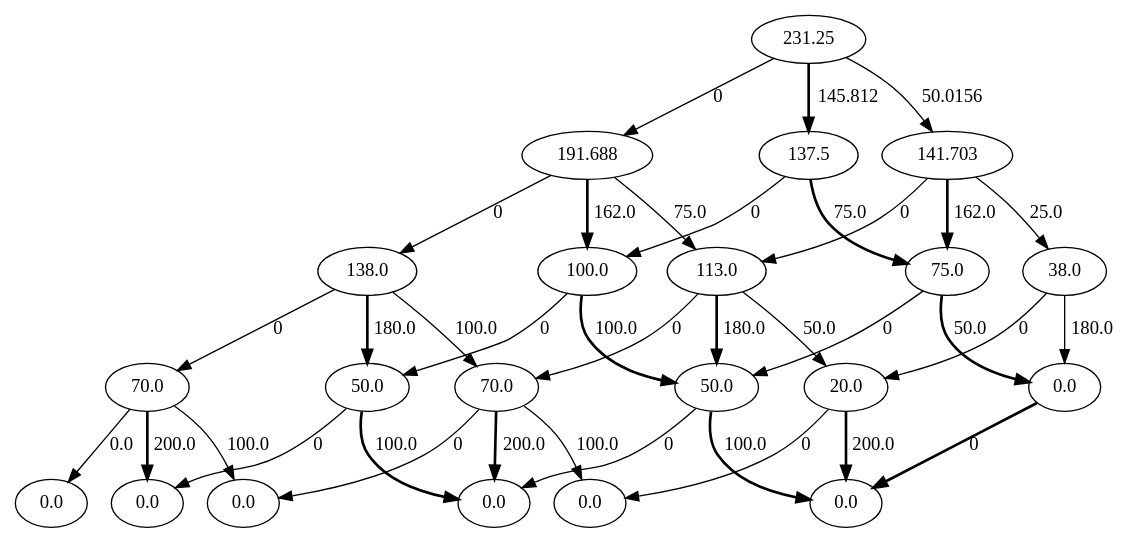
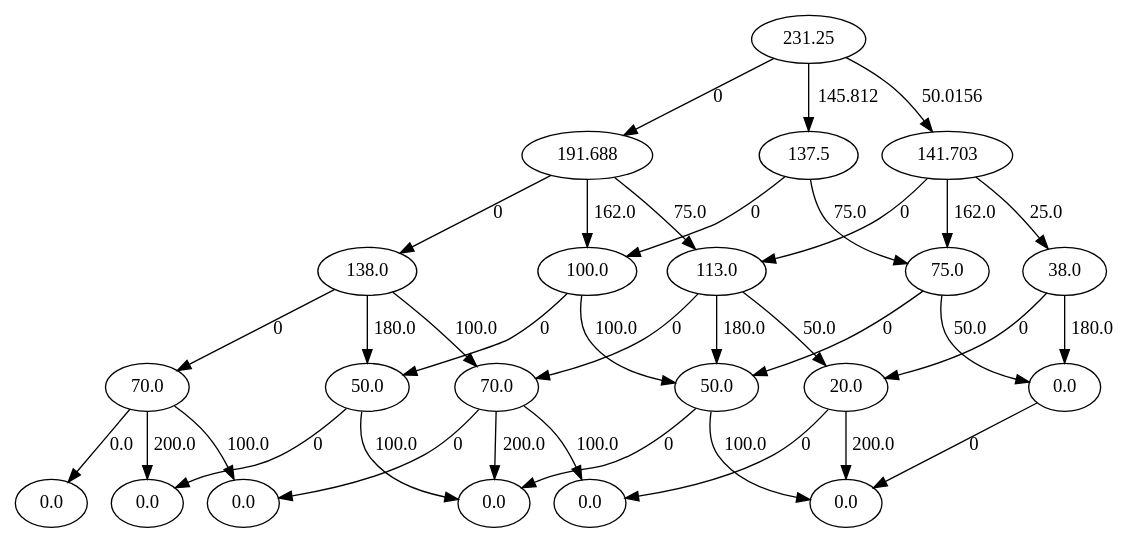
One commit to rb4k/MA-DP changed the diagram in Bilder/beispiel1a.dot. Above: the diagram before and after it, drawn with Graphviz. The commit also changed 34 other files, not shown here.

```diff
--- a/Bilder/beispiel1a.dot
+++ b/Bilder/beispiel1a.dot
@@ -10,7 +10,6 @@
 		value=70.0];
 	1 -> 0 [label="0.0",
 	goal="[2 1 0]",
-	not_best_politic=True,
 	revenue=0,
 	time=1,
 	weight=0,
@@ -21,8 +20,6 @@
 	value=0.0];
 1 -> 5 [label="200.0",
 goal="[2 0 0]",
-not_best_politic=True,
-style=bold,
 revenue=200,
 time=1,
 weight=200.0,
@@ -33,7 +30,7 @@
 value=0.0];
 1 -> 10 [label="100.0",
 goal="[1 1 0]",
-not_best_politic=False,
+
 revenue=100,
 time=1,
 weight=100.0,
@@ -44,7 +41,6 @@
 value=138.0];
 2 -> 1 [label="0",
 goal="[2 1 1]",
-not_best_politic=True,
 revenue=0,
 time=2,
 weight=0,
@@ -55,8 +51,6 @@
 value=50.0];
 2 -> 6 [label="180.0",
 goal="[2 0 1]",
-not_best_politic=False,
-style=bold,
 revenue=200,
 time=2,
 weight=180.0,
@@ -67,7 +61,6 @@
 value=70.0];
 2 -> 11 [label="100.0",
 goal="[1 1 1]",
-not_best_politic=True,
 revenue=100,
 time=2,
 weight=100.0,
@@ -78,7 +71,6 @@
 value=191.688];
 3 -> 2 [label="0",
 goal="[2 1 2]",
-not_best_politic=True,
 revenue=0,
 time=3,
 weight=0,
@@ -89,8 +81,6 @@
 value=100.0];
 3 -> 7 [label="162.0",
 goal="[2 0 2]",
-not_best_politic=False,
-style=bold,
 revenue=200,
 time=3,
 weight=162.0,
@@ -101,7 +91,6 @@
 value=113.0];
 3 -> 12 [label="75.0",
 goal="[1 1 2]",
-not_best_politic=True,
 revenue=100,
 time=3,
 weight=75.0,
@@ -112,7 +101,6 @@
 value=231.25];
 4 -> 3 [label="0",
 goal="[2 1 3]",
-not_best_politic=True,
 revenue=0,
 time=4,
 weight=0,
@@ -123,8 +111,6 @@
 value=137.5];
 4 -> 8 [label="145.812",
 goal="[2 0 3]",
-not_best_politic=False,
-style=bold,
 revenue=200,
 time=4,
 weight=145.812,
@@ -135,14 +121,12 @@
 value=141.703];
 4 -> 13 [label="50.0156",
 goal="[1 1 3]",
-not_best_politic=True,
 revenue=100,
 time=4,
 weight=50.0156,
 weight_goal=141.703];
 6 -> 5 [label="0",
 goal="[2 0 0]",
-not_best_politic=True,
 revenue=0,
 time=1,
 weight=0,
@@ -153,15 +137,12 @@
 value=0.0];
 6 -> 15 [label="100.0",
 goal="[1 0 0]",
-not_best_politic=False,
-style=bold,
 revenue=100,
 time=1,
 weight=100.0,
 weight_goal=0.0];
 7 -> 6 [label="0",
 goal="[2 0 1]",
-not_best_politic=False,
 revenue=0,
 time=2,
 weight=0,
@@ -172,15 +153,12 @@
 value=50.0];
 7 -> 16 [label="100.0",
 goal="[1 0 1]",
-not_best_politic=True,
-style=bold,
 revenue=100,
 time=2,
 weight=100.0,
 weight_goal=50.0];
 8 -> 7 [label="0",
 goal="[2 0 2]",
-not_best_politic=False,
 revenue=0,
 time=3,
 weight=0,
@@ -191,23 +169,18 @@
 value=75.0];
 8 -> 17 [label="75.0",
 goal="[1 0 2]",
-not_best_politic=True,
-style=bold,
 revenue=100,
 time=3,
 weight=75.0,
 weight_goal=75.0];
 11 -> 10 [label="0",
 goal="[1 1 0]",
-not_best_politic=True,
 revenue=0,
 time=1,
 weight=0,
 weight_goal=0.0];
 11 -> 15 [label="200.0",
 goal="[1 0 0]",
-not_best_politic=True,
-style=bold,
 revenue=200,
 time=1,
 weight=200.0,
@@ -218,22 +191,18 @@
 value=0.0];
 11 -> 20 [label="100.0",
 goal="[0 1 0]",
-not_best_politic=False,
 revenue=100,
 time=1,
 weight=100.0,
 weight_goal=0.0];
 12 -> 11 [label="0",
 goal="[1 1 1]",
-not_best_politic=True,
 revenue=0,
 time=2,
 weight=0,
 weight_goal=70.0];
 12 -> 16 [label="180.0",
 goal="[1 0 1]",
-not_best_politic=False,
-style=bold,
 revenue=200,
 time=2,
 weight=180.0,
@@ -244,22 +213,18 @@
 value=20.0];
 12 -> 21 [label="50.0",
 goal="[0 1 1]",
-not_best_politic=True,
 revenue=100,
 time=2,
 weight=50.0,
 weight_goal=20.0];
 13 -> 12 [label="0",
 goal="[1 1 2]",
-not_best_politic=True,
 revenue=0,
 time=3,
 weight=0,
 weight_goal=113.0];
 13 -> 17 [label="162.0",
 goal="[1 0 2]",
-not_best_politic=False,
-style=bold,
 revenue=200,
 time=3,
 weight=162.0,
@@ -270,14 +235,12 @@
 value=38.0];
 13 -> 22 [label="25.0",
 goal="[0 1 2]",
-not_best_politic=True,
 revenue=100,
 time=3,
 weight=25.0,
 weight_goal=38.0];
 16 -> 15 [label="0",
 goal="[1 0 0]",
-not_best_politic=True,
 revenue=0,
 time=1,
 weight=0,
@@ -288,15 +251,12 @@
 value=0.0];
 16 -> 25 [label="100.0",
 goal="[0 0 0]",
-not_best_politic=False,
-style=bold,
 revenue=100,
 time=1,
 weight=100.0,
 weight_goal=0.0];
 17 -> 16 [label="0",
 goal="[1 0 1]",
-not_best_politic=False,
 revenue=0,
 time=2,
 weight=0,
@@ -307,45 +267,36 @@
 value=0.0];
 17 -> 26 [label="50.0",
 goal="[0 0 1]",
-not_best_politic=True,
-style=bold,
 revenue=100,
 time=2,
 weight=50.0,
 weight_goal=0.0];
 21 -> 20 [label="0",
 goal="[0 1 0]",
-not_best_politic=False,
 revenue=0,
 time=1,
 weight=0,
 weight_goal=0.0];
 21 -> 25 [label="200.0",
 goal="[0 0 0]",
-not_best_politic=True,
-style=bold,
 revenue=200,
 time=1,
 weight=200.0,
 weight_goal=0.0];
 22 -> 21 [label="0",
 goal="[0 1 1]",
-not_best_politic=True,
 revenue=0,
 time=2,
 weight=0,
 weight_goal=20.0];
 22 -> 26 [label="180.0",
 goal="[0 0 1]",
-not_best_politic=False,
 revenue=200,
 time=2,
 weight=180.0,
 weight_goal=0.0];
 26 -> 25 [label="0",
 goal="[0 0 0]",
-not_best_politic=False,
-style=bold,
 revenue=0,
 time=1,
 weight=0,
```
